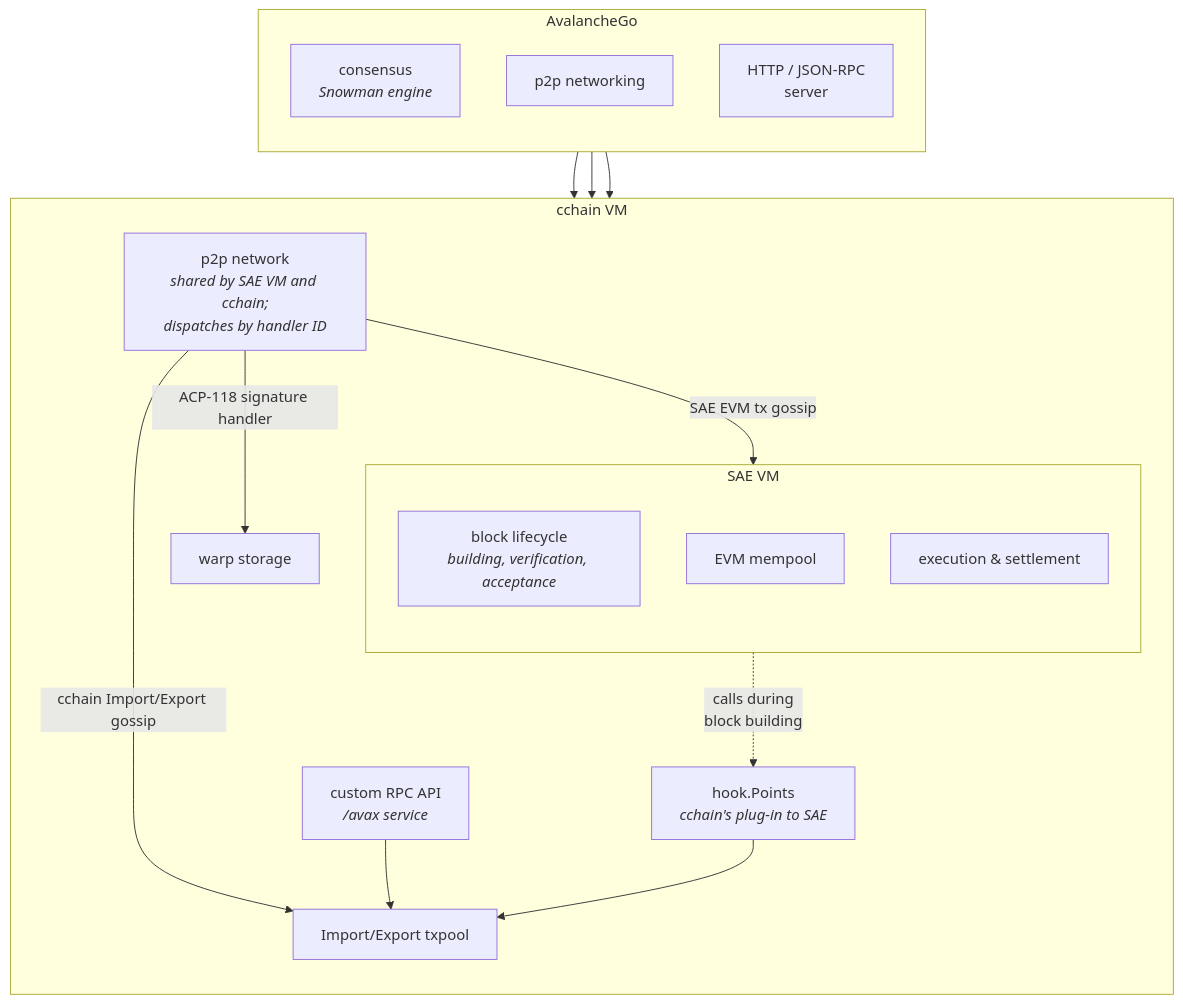
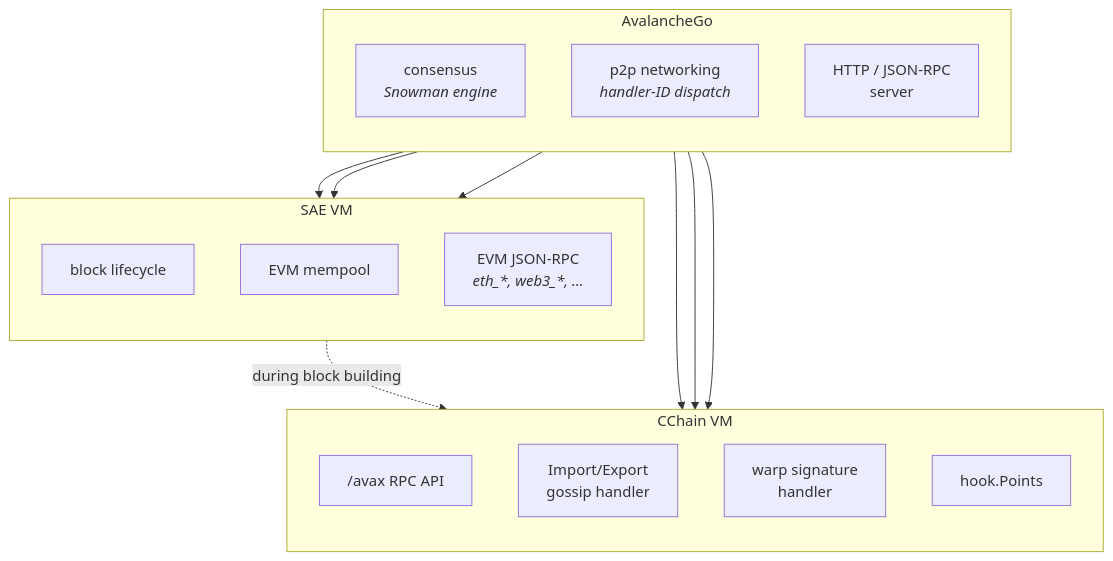
Before and after one commit to ava-labs/avalanchego: the first of 4 diagrams in vms/saevm/cchain/README.md, drawn with Mermaid. The commit also changed other lines of this file, not shown here.

````diff
--- a/vms/saevm/cchain/README.md
+++ b/vms/saevm/cchain/README.md
@@ -7,39 +9,33 @@
 ```mermaid
 flowchart TB
     subgraph avago["AvalancheGo"]
         direction TB
         consensus["consensus<br/><i>Snowman engine</i>"]
-        p2pin["p2p networking"]
+        p2pin["p2p networking<br/><i>handler-ID dispatch</i>"]
         httpd["HTTP / JSON-RPC<br/>server"]
     end
 
-    subgraph cchainvm["cchain VM"]
+    subgraph saevm["SAE VM"]
         direction TB
-
-        subgraph saevm["SAE VM"]
-            direction TB
-            sae_lifecycle["block lifecycle<br/><i>building, verification, acceptance</i>"]
-            sae_mempool["EVM mempool"]
-            sae_exec["execution &amp; settlement"]
-        end
-
-        p2pcomp["p2p network<br/><i>shared by SAE VM and cchain;<br/>dispatches by handler ID</i>"]
-        rpcapi["custom RPC API<br/><i>/avax service</i>"]
-        txpool["Import/Export txpool"]
-        warp["warp storage"]
-        hook["hook.Points<br/><i>cchain's plug-in to SAE</i>"]
+        sae_block["block lifecycle"]
+        sae_mempool["EVM mempool"]
+        sae_rpc["EVM JSON-RPC<br/><i>eth_*, web3_*, &hellip;</i>"]
     end
 
-    consensus --> sae_lifecycle
-    p2pin --> p2pcomp
-    httpd --> rpcapi
+    subgraph cchain["CChain VM"]
+        direction TB
+        cc_rpc["/avax RPC API"]
+        cc_iegossip["Import/Export<br/>gossip handler"]
+        cc_warp["warp signature<br/>handler"]
+        cc_hook["hook.Points"]
+    end
 
-    p2pcomp -->|"SAE EVM tx gossip"| sae_mempool
-    p2pcomp -->|"cchain Import/Export gossip"| txpool
-    p2pcomp -->|"ACP-118 signature handler"| warp
+    consensus --> sae_block
+    p2pin --> sae_mempool
+    p2pin --> cc_iegossip
+    p2pin --> cc_warp
+    httpd --> sae_rpc
+    httpd --> cc_rpc
 
-    rpcapi --> txpool
-
-    sae_lifecycle -.->|"calls during<br/>block building"| hook
-    hook --> txpool
+    sae_block -.->|"during block building"| cc_hook
 ```
````
